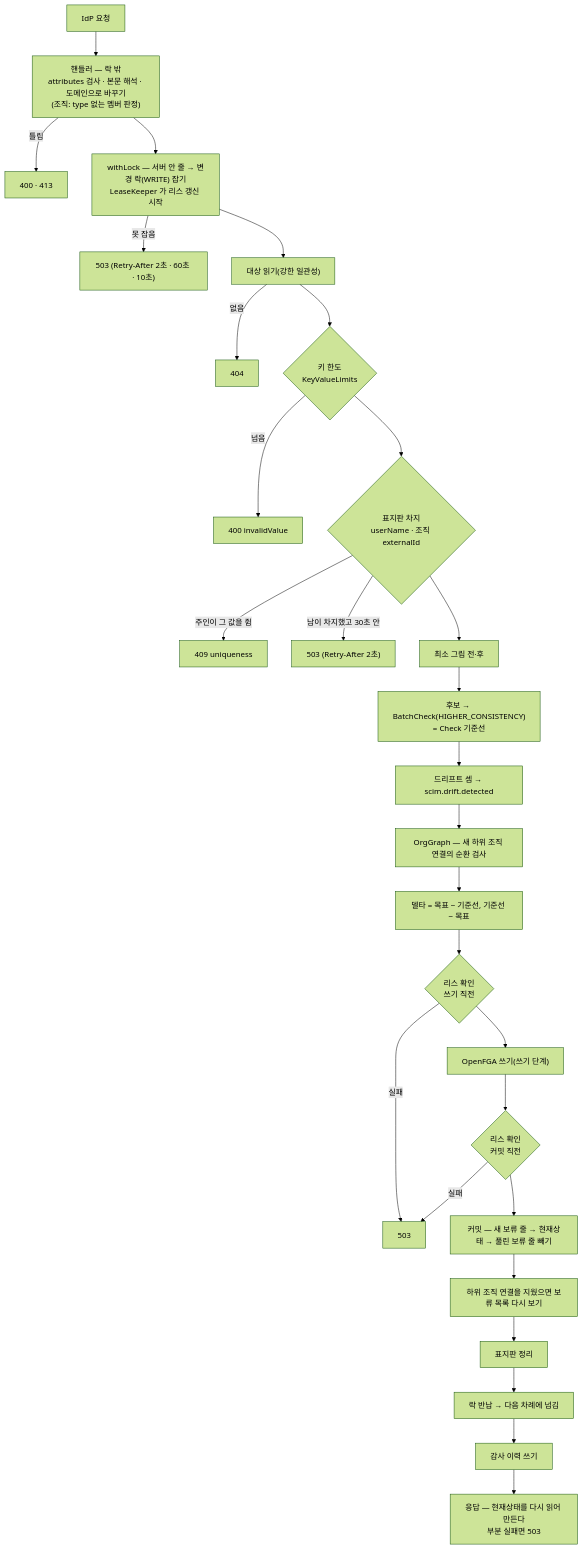
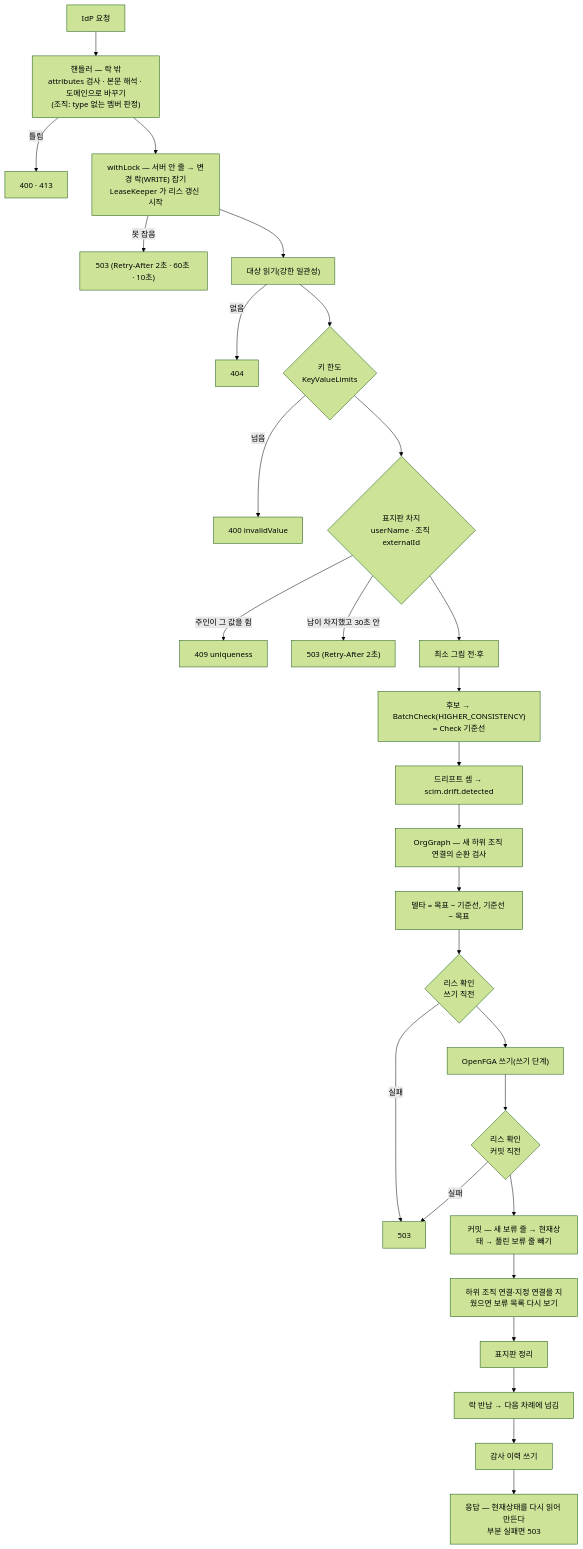
Before and after one commit to starryeye/organization: the second of 3 diagrams in docs/onboarding/06-SCIM.md, drawn with Mermaid (forest theme). The commit also changed other lines of this file and 15 other files, not shown here.

````diff
--- a/docs/onboarding/06-SCIM.md
+++ b/docs/onboarding/06-SCIM.md
@@ -584,30 +607,30 @@
 ```mermaid
 flowchart TD
     A["IdP 요청"] --> B["핸들러 — 락 밖<br/>attributes 검사 · 본문 해석 · 도메인으로 바꾸기<br/>(조직: type 없는 멤버 판정)"]
     B -- "틀림" --> X400a["400 · 413"]
     B --> L["withLock — 서버 안 줄 → 변경 락(WRITE) 잡기<br/>LeaseKeeper 가 리스 갱신 시작"]
     L -- "못 잡음" --> X503a["503 (Retry-After 2초 · 60초 · 10초)"]
     L --> R["대상 읽기(강한 일관성)"]
     R -- "없음" --> X404["404"]
     R --> K{"키 한도<br/>KeyValueLimits"}
     K -- "넘음" --> X400b["400 invalidValue"]
     K --> M{"표지판 차지<br/>userName · 조직 externalId"}
     M -- "주인이 그 값을 쥠" --> X409["409 uniqueness"]
     M -- "남이 차지했고 30초 안" --> X503b["503 (Retry-After 2초)"]
     M --> P["최소 그림 전·후"]
     P --> Q["후보 → BatchCheck(HIGHER_CONSISTENCY)<br/>= Check 기준선"]
     Q --> DR["드리프트 셈 → scim.drift.detected"]
     DR --> G["OrgGraph — 새 하위 조직 연결의 순환 검사"]
     G --> DL["델타 = 목표 − 기준선, 기준선 − 목표"]
     DL --> LC1{"리스 확인<br/>쓰기 직전"}
     LC1 -- "실패" --> X503c["503"]
     LC1 --> W["OpenFGA 쓰기(쓰기 단계)"]
     W --> LC2{"리스 확인<br/>커밋 직전"}
     LC2 -- "실패" --> X503c
     LC2 --> C["커밋 — 새 보류 줄 → 현재상태 → 풀린 보류 줄 빼기"]
-    C --> RV["하위 조직 연결을 지웠으면 보류 목록 다시 보기"]
+    C --> RV["하위 조직 연결·지정 연결을 지웠으면 보류 목록 다시 보기"]
     RV --> MK["표지판 정리"]
     MK --> REL["락 반납 → 다음 차례에 넘김"]
     REL --> AU["감사 이력 쓰기"]
     AU --> RESP["응답 — 현재상태를 다시 읽어 만든다<br/>부분 실패면 503"]
 ```
````
